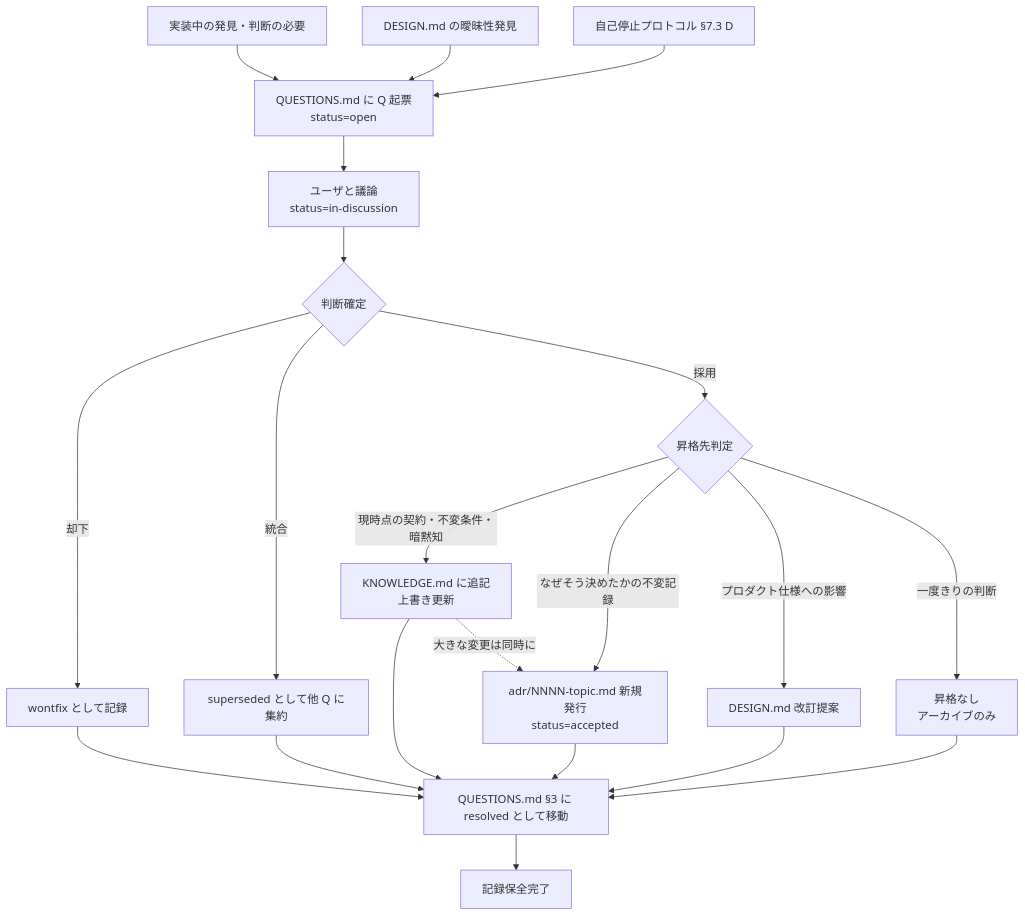
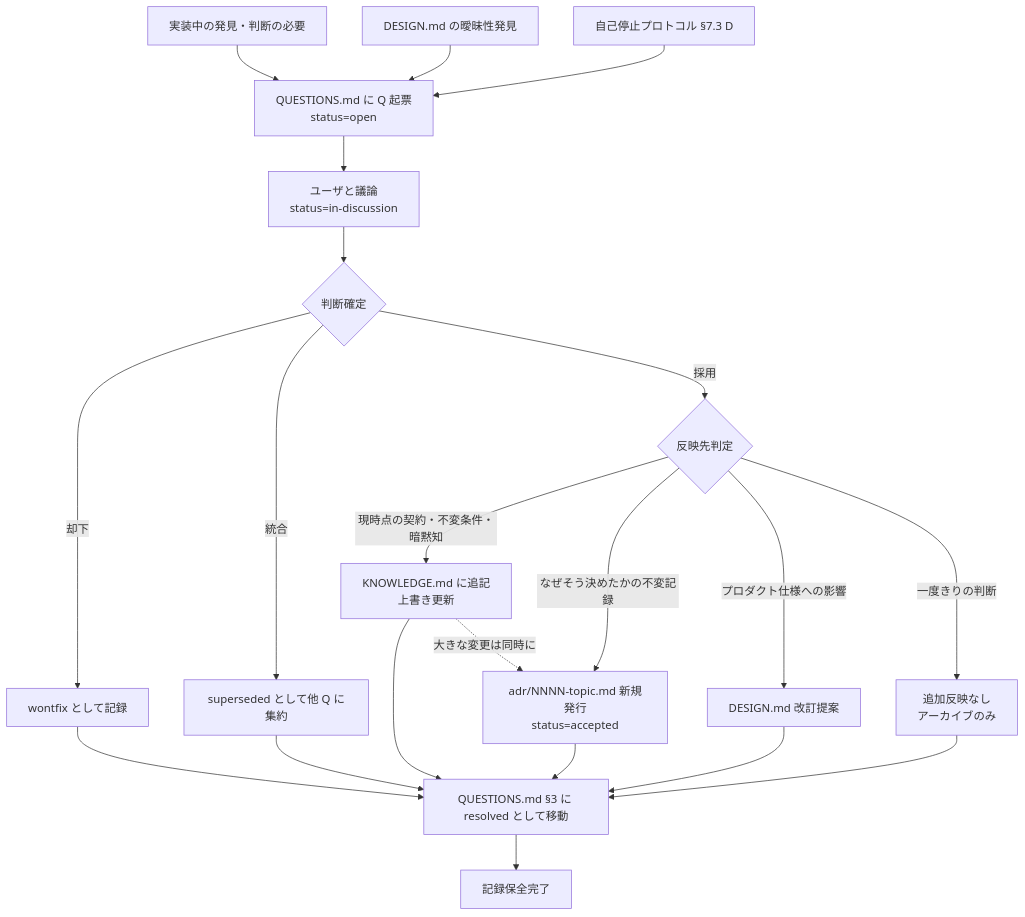
One commit to fanannan/clojure-polylith-llm-starter changed the diagram in CLAUDE.md. Above: the diagram before and after it, drawn with Mermaid. The commit also changed other lines of this file and 12 other files, not shown here.

````diff
--- a/CLAUDE.md
+++ b/CLAUDE.md
@@ -786,29 +786,29 @@
 ```mermaid
 flowchart TD
   IMPL[実装中の発見・判断の必要] --> Q_NEW[QUESTIONS.md に Q 起票<br>status=open]
   SPEC_AMBIG[DESIGN.md の曖昧性発見] --> Q_NEW
   STOP[自己停止プロトコル §7.3 D] --> Q_NEW
 
   Q_NEW --> DISCUSS[ユーザと議論<br>status=in-discussion]
   DISCUSS --> DECIDE{判断確定}
 
   DECIDE -->|却下| WONTFIX[wontfix として記録]
   DECIDE -->|統合| SUPERSEDED[superseded として他 Q に集約]
-  DECIDE -->|採用| PROMOTE{昇格先判定}
+  DECIDE -->|採用| PROMOTE{反映先判定}
 
   PROMOTE -->|現時点の契約・不変条件・暗黙知| K_ADD[KNOWLEDGE.md に追記<br>上書き更新]
   PROMOTE -->|なぜそう決めたかの不変記録| A_NEW[adr/NNNN-topic.md 新規発行<br>status=accepted]
   PROMOTE -->|プロダクト仕様への影響| D_UPDATE[DESIGN.md 改訂提案]
-  PROMOTE -->|一度きりの判断| NONE[昇格なし<br>アーカイブのみ]
+  PROMOTE -->|一度きりの判断| NONE[追加反映なし<br>アーカイブのみ]
 
   K_ADD --> ARCHIVE[QUESTIONS.md §3 に resolved として移動]
   A_NEW --> ARCHIVE
   D_UPDATE --> ARCHIVE
   NONE --> ARCHIVE
   WONTFIX --> ARCHIVE
   SUPERSEDED --> ARCHIVE
 
   K_ADD -.->|大きな変更は同時に| A_NEW
 
   ARCHIVE --> END[記録保全完了]
 ```
````
